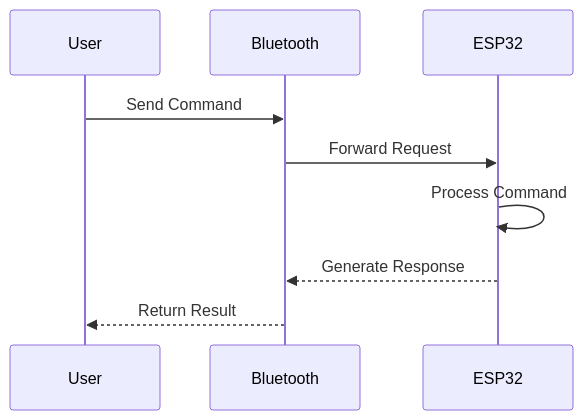
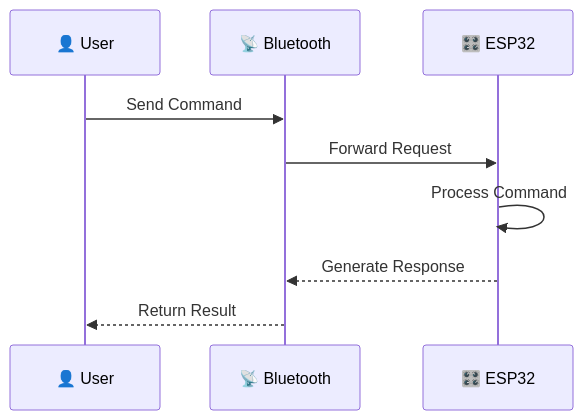
Before and after one commit to paulocfmarques-collab/esp32_bluetooth: the third of 4 diagrams in README.md, drawn with Mermaid. The commit also changed other lines of this file, not shown here.

````diff
--- a/README.md
+++ b/README.md
@@ -158,17 +139,12 @@
 ```mermaid
 sequenceDiagram
+    participant User as 👤 User
+    participant BT as 📡 Bluetooth
+    participant ESP32 as 🎛️ ESP32
 
-    participant User
-    participant Bluetooth
-    participant ESP32
-
-    User->>Bluetooth: Send Command
-
-    Bluetooth->>ESP32: Forward Request
-
+    User->>BT: Send Command
+    BT->>ESP32: Forward Request
     ESP32->>ESP32: Process Command
-
-    ESP32-->>Bluetooth: Generate Response
-
-    Bluetooth-->>User: Return Result
+    ESP32-->>BT: Generate Response
+    BT-->>User: Return Result
 ```
````
